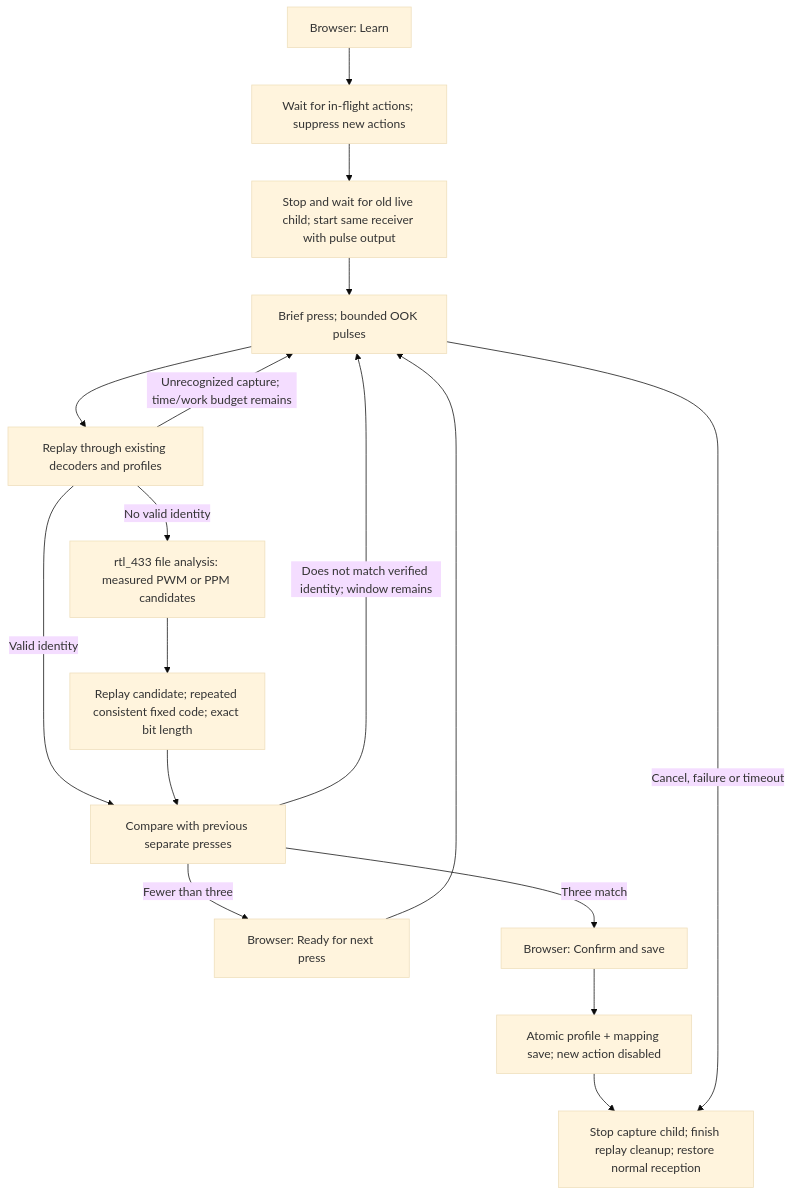
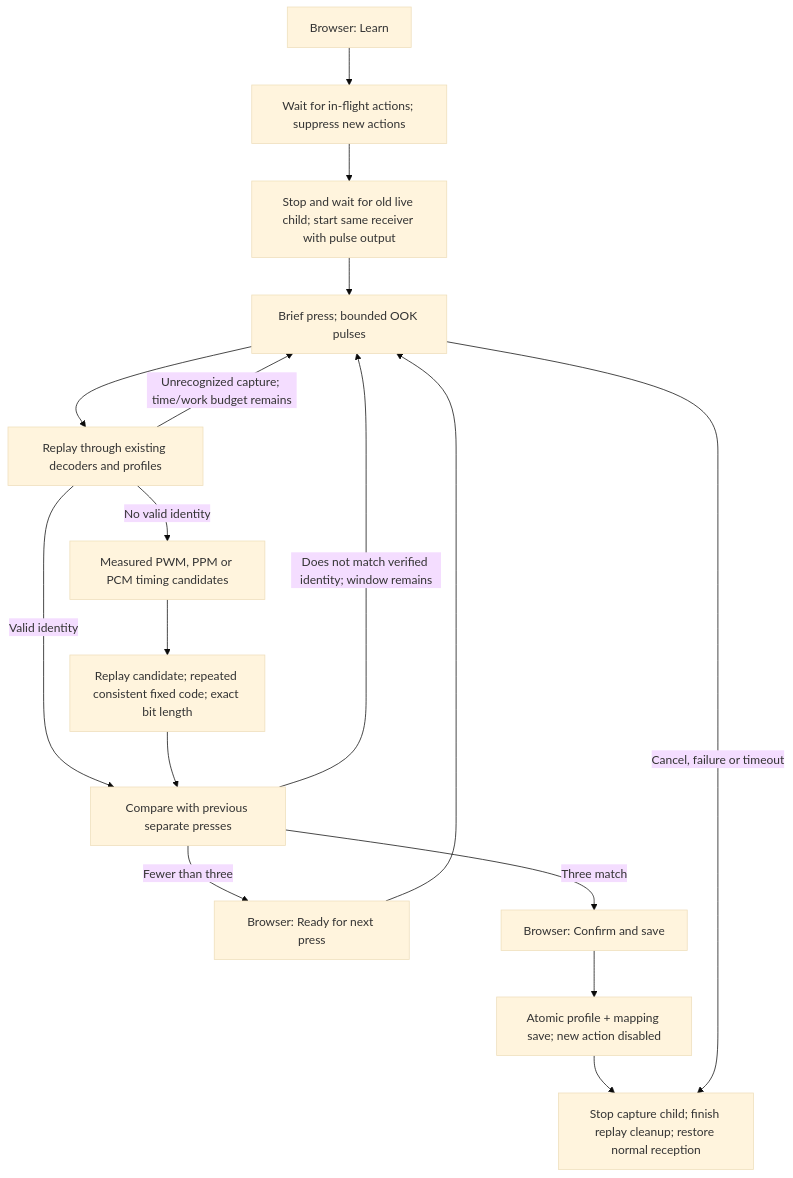
The diagram in docs/LEARNING.md (ninoleto/rf433-button-manager), drawn with Mermaid (base theme) before and after one commit. The commit also changed other lines of this file and 15 other files, not shown here.

Commit message:
fix: learn recorded NRZ PCM signals through rtl_433 replay

````diff
--- a/docs/LEARNING.md
+++ b/docs/LEARNING.md
@@ -104,19 +104,19 @@
 ```mermaid
 flowchart TD
     Learn[Browser: Learn] --> Pause[Wait for in-flight actions; suppress new actions]
     Pause --> Live[Stop and wait for old live child; start same receiver with pulse output]
     Live --> Capture[Brief press; bounded OOK pulses]
     Capture --> Existing[Replay through existing decoders and profiles]
-    Existing -->|No valid identity| Analyze[rtl_433 file analysis: measured PWM or PPM candidates]
+    Existing -->|No valid identity| Analyze[Measured PWM, PPM or PCM timing candidates]
     Analyze --> Proof[Replay candidate; repeated consistent fixed code; exact bit length]
     Existing -->|Valid identity| Match[Compare with previous separate presses]
     Proof --> Match
     Existing -->|Unrecognized capture; time/work budget remains| Capture
     Match -->|Does not match verified identity; window remains| Capture
     Match -->|Fewer than three| Arm[Browser: Ready for next press]
     Arm --> Capture
     Match -->|Three match| Confirm[Browser: Confirm and save]
     Confirm --> Save[Atomic profile + mapping save; new action disabled]
     Save --> Restore[Stop capture child; finish replay cleanup; restore normal reception]
     Capture -->|Cancel, failure or timeout| Restore
 ```
````
